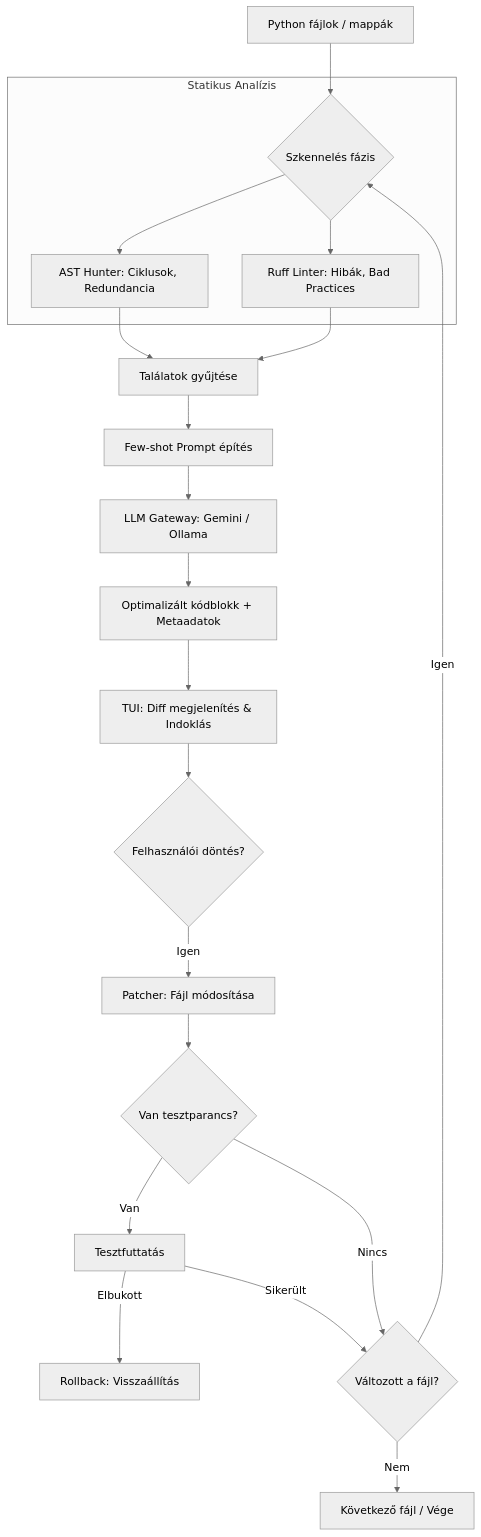
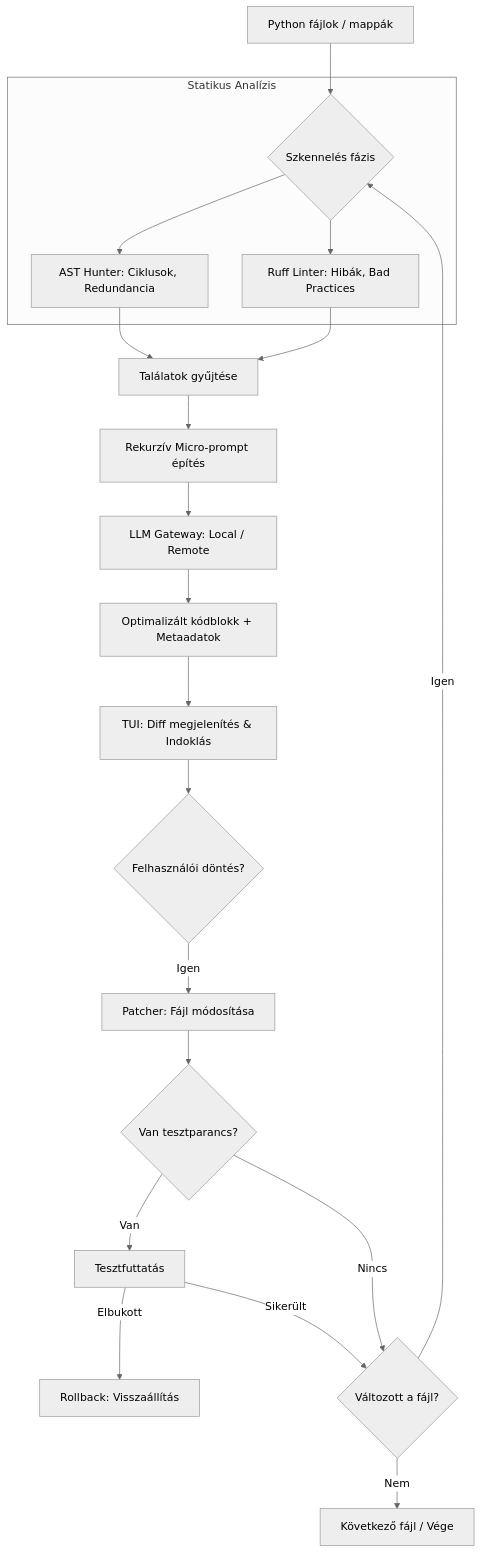
Before and after one commit to BenceGyurus/code-optimizer: the diagram in README.md, drawn with Mermaid (neutral theme). The commit also changed other lines of this file and 27 other files, not shown here.

Commit message:
feat: implement recursive micro-prompting, remote fallback, and deterministic AST rewrites

````diff
--- a/README.md
+++ b/README.md
@@ -17,31 +17,31 @@
 ```mermaid
 graph TD
     A[Python fájlok / mappák] --> B{Szkennelés fázis}
     
     subgraph "Statikus Analízis"
         B --> B1[AST Hunter: Ciklusok, Redundancia]
         B --> B2[Ruff Linter: Hibák, Bad Practices]
     end
     
     B1 --> C[Találatok gyűjtése]
     B2 --> C
     
-    C --> D[Few-shot Prompt építés]
-    D --> E[LLM Gateway: Gemini / Ollama]
+    C --> D[Rekurzív Micro-prompt építés]
+    D --> E[LLM Gateway: Local / Remote]
     
     E --> F[Optimalizált kódblokk + Metaadatok]
     
     F --> G[TUI: Diff megjelenítés & Indoklás]
     G --> H{Felhasználói döntés?}
     
     H -- Igen --> I[Patcher: Fájl módosítása]
     I --> J{Van tesztparancs?}
     
     J -- Van --> J1[Tesztfuttatás]
     J1 -- Elbukott --> J2[Rollback: Visszaállítás]
     J1 -- Sikerült --> K
     
     J -- Nincs --> K{Változott a fájl?}
     K -- Igen --> B
     K -- Nem --> L[Következő fájl / Vége]
 ```
````
